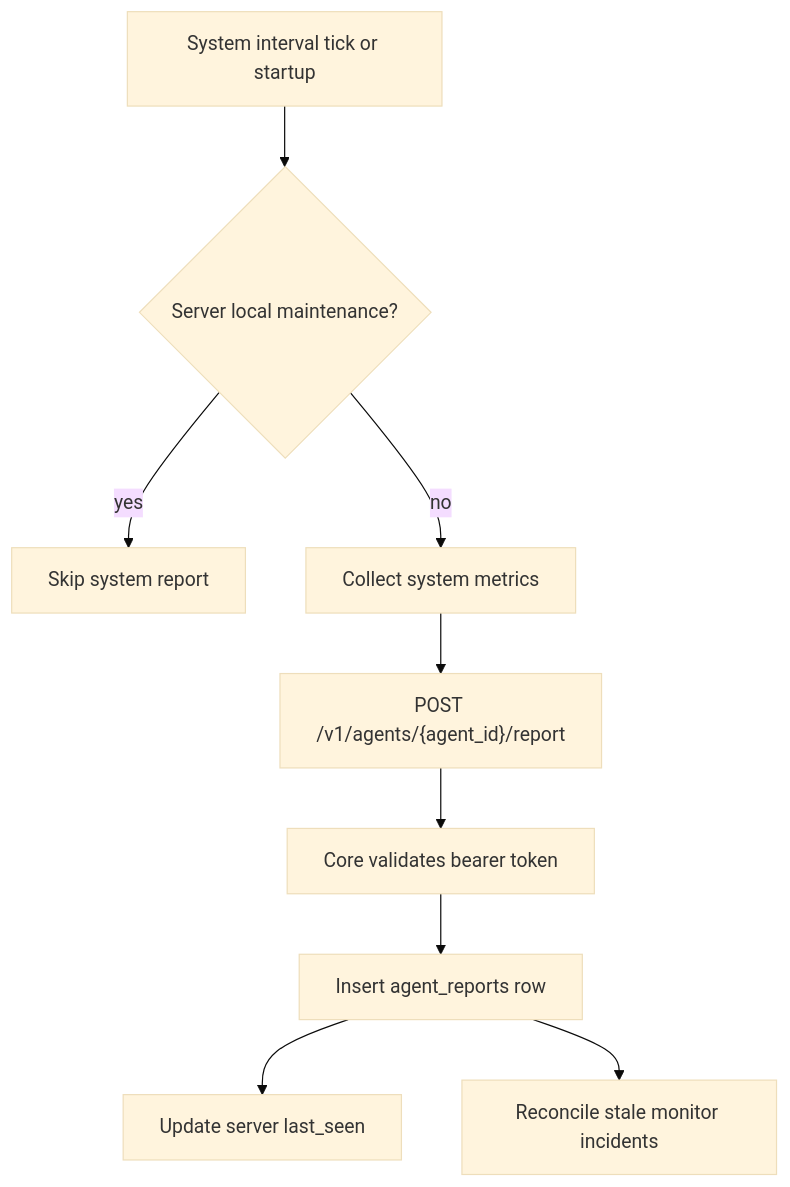
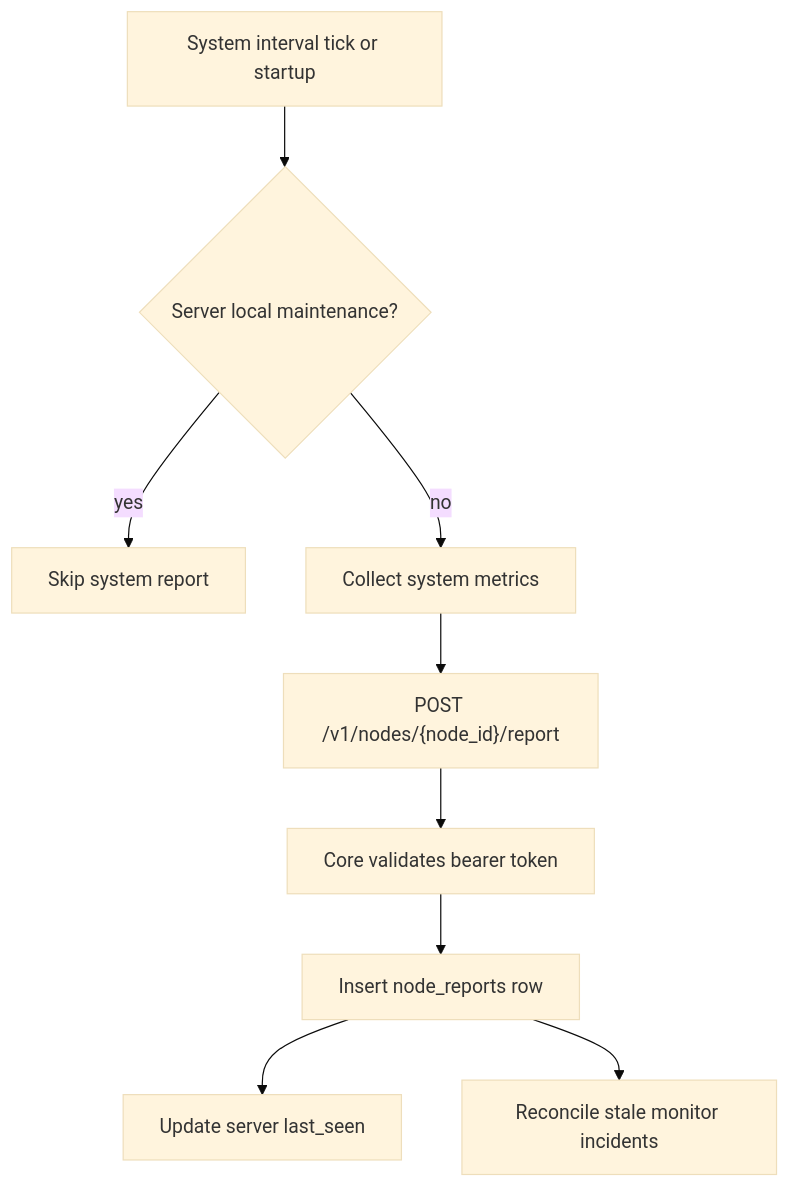
One commit to sunday-studio/orion changed the fourth of 6 diagrams in docs/architecture/data-ingestion.md. Above: the diagram before and after it, drawn with Mermaid (base theme). The commit also changed other lines of this file and 815 other files, not shown here.

First line of the commit message:
refactor(repo): rename agent to node, mechanical part

````diff
--- a/docs/architecture/data-ingestion.md
+++ b/docs/architecture/data-ingestion.md
@@ -125,11 +125,11 @@
 ```mermaid
 flowchart TD
   Tick["System interval tick or startup"] --> Maintenance{"Server local maintenance?"}
   Maintenance -- "yes" --> Skip["Skip system report"]
   Maintenance -- "no" --> Collect["Collect system metrics"]
-  Collect --> Send["POST /v1/agents/{agent_id}/report"]
+  Collect --> Send["POST /v1/nodes/{node_id}/report"]
   Send --> Auth["Core validates bearer token"]
-  Auth --> Store["Insert agent_reports row"]
+  Auth --> Store["Insert node_reports row"]
   Store --> LastSeen["Update server last_seen"]
   Store --> Stale["Reconcile stale monitor incidents"]
 ```
````
